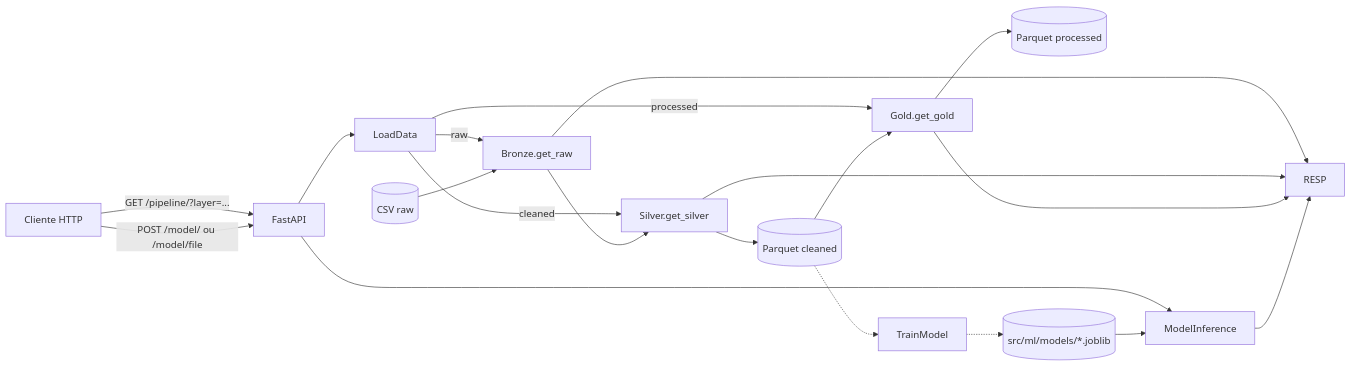
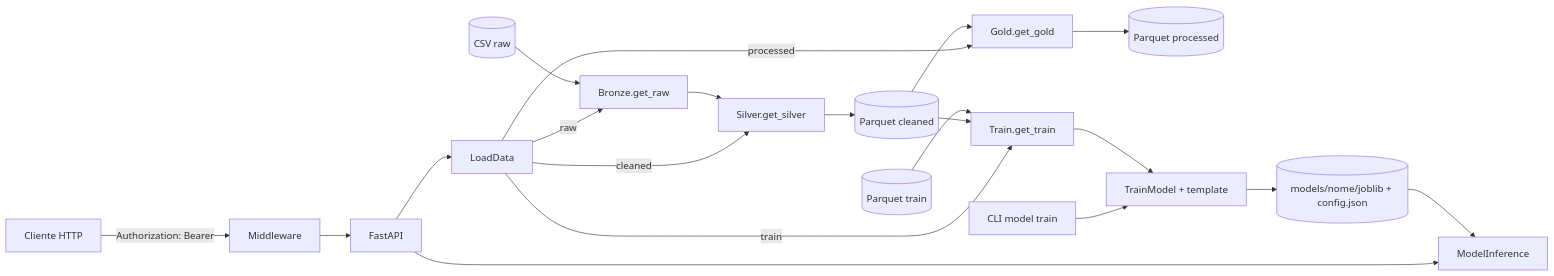
Before and after one commit to BrayanDevZN/AnaliseLeite: the diagram in README.md, drawn with Mermaid. The commit also changed other lines of this file, not shown here.

Commit message:
docs: update README for new structure, auth, templates, models and API

````diff
--- a/README.md
+++ b/README.md
@@ -63,26 +67,25 @@
 ```mermaid
 flowchart LR
-    U[Cliente HTTP] -->|GET /pipeline/?layer=...| API[FastAPI]
-    U -->|POST /model/ ou /model/file| API
+    U[Cliente HTTP] -->|Authorization: Bearer| MW[Middleware]
+    MW --> API[FastAPI]
     API --> LOAD[LoadData]
     API --> INFER[ModelInference]
 
     LOAD -->|raw| BRONZE[Bronze.get_raw]
     LOAD -->|cleaned| SILVER[Silver.get_silver]
     LOAD -->|processed| GOLD[Gold.get_gold]
+    LOAD -->|train| TR[Train.get_train]
 
     RAW[(CSV raw)] --> BRONZE
     BRONZE --> SILVER
     SILVER --> CLEAN[(Parquet cleaned)]
     CLEAN --> GOLD
     GOLD --> PROCESSED[(Parquet processed)]
+    CLEAN --> TR
+    TRAINFILES[(Parquet train)] --> TR
 
-    BRONZE --> RESP
-    SILVER --> RESP
-    GOLD --> RESP
-
-    CLEAN -.-> TRAIN[TrainModel]
-    TRAIN -.-> MODEL[(src/ml/models/*.joblib)]
+    CLI[CLI model train] --> TRAIN[TrainModel + template]
+    TR --> TRAIN
+    TRAIN --> MODEL[(models/nome/joblib + config.json)]
     MODEL --> INFER
-    INFER --> RESP
 ```
````
